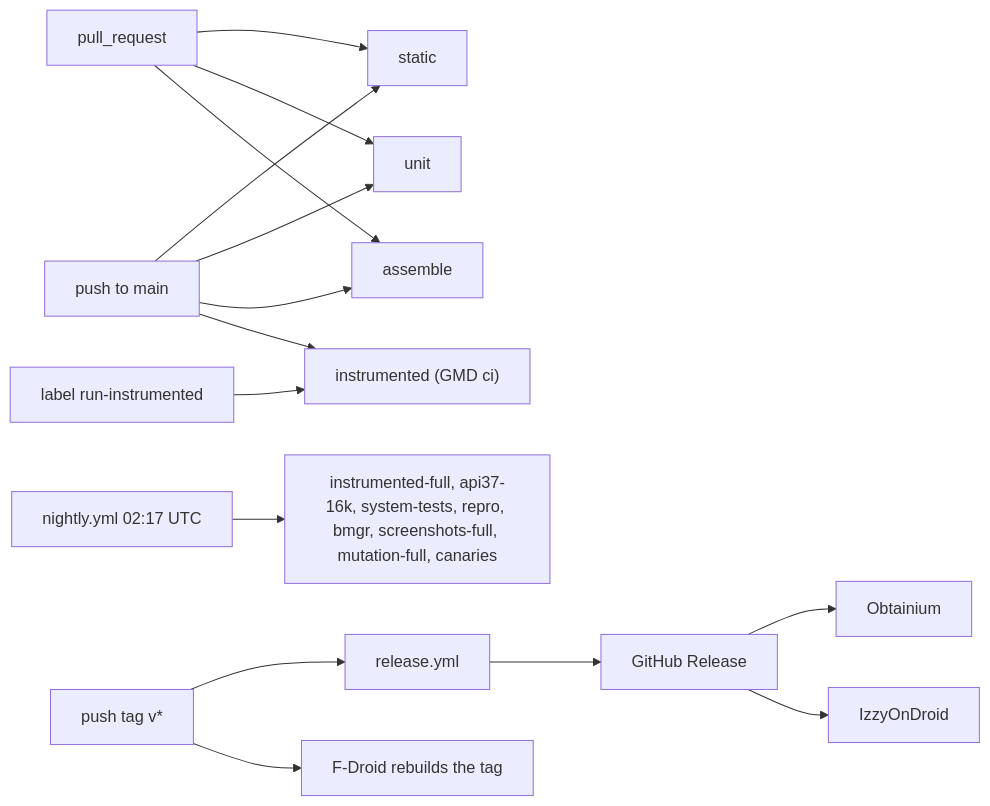
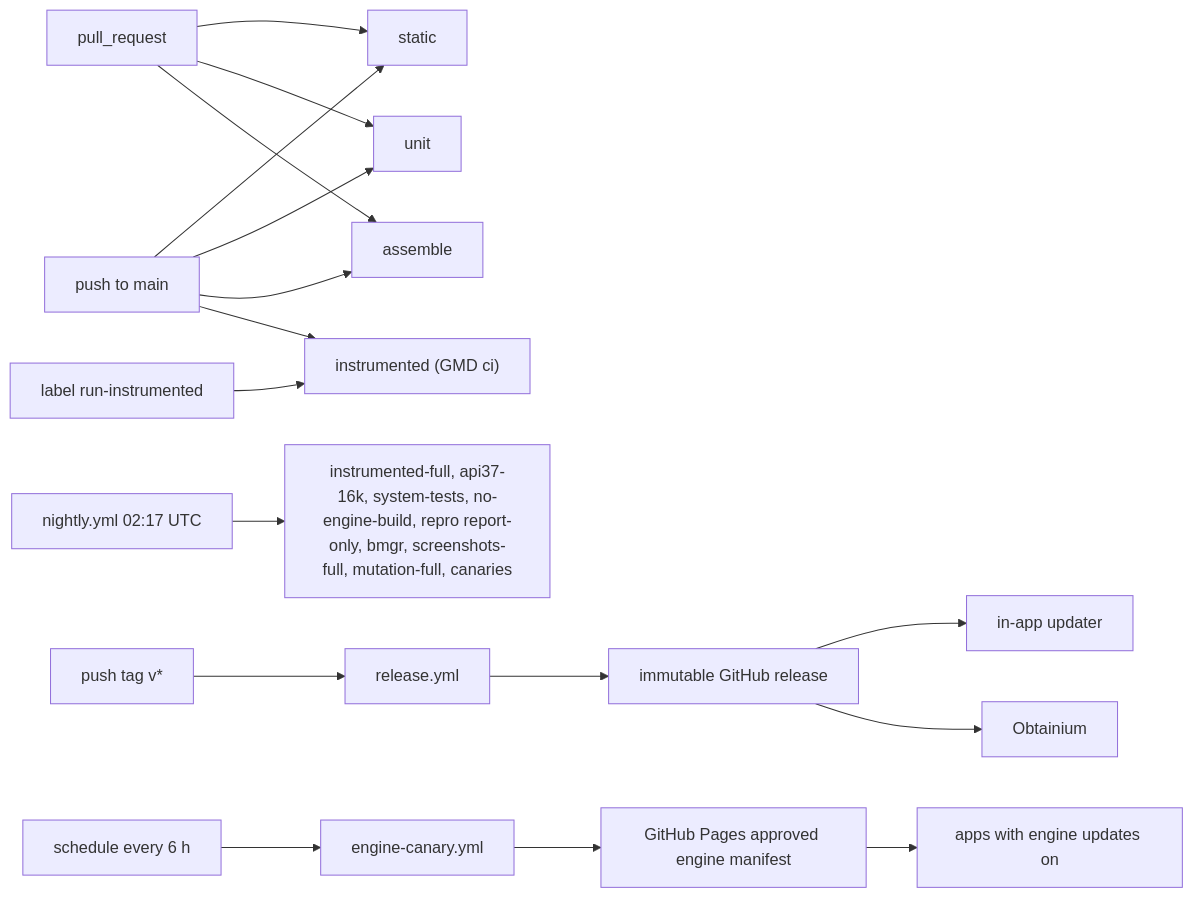
Before and after one commit to BigBoyDevBox/Neutrodyne: the first of 5 diagrams in docs/design/09-quality-and-release.md, drawn with Mermaid. The commit also changed other lines of this file and 11 other files, not shown here.

First line of the commit message:
Revise plan for owner decisions: GitHub-only, no verification, yt-dlp

````diff
--- a/docs/design/09-quality-and-release.md
+++ b/docs/design/09-quality-and-release.md
@@ -448,17 +456,19 @@
 ```mermaid
 flowchart LR
   pr["pull_request"] --> st["static"]
   pr --> un["unit"]
   pr --> asm["assemble"]
   lab["label run-instrumented"] --> ins["instrumented (GMD ci)"]
   main["push to main"] --> st
   main --> un
   main --> asm
   main --> ins
-  cron["nightly.yml 02:17 UTC"] --> nj["instrumented-full, api37-16k, system-tests, repro, bmgr, screenshots-full, mutation-full, canaries"]
+  cron["nightly.yml 02:17 UTC"] --> nj["instrumented-full, api37-16k, system-tests, no-engine-build, repro report-only, bmgr, screenshots-full, mutation-full, canaries"]
   tag["push tag v*"] --> rel["release.yml"]
-  rel --> ghr["GitHub Release"]
+  rel --> ghr["immutable GitHub release"]
+  ghr --> upd["in-app updater"]
   ghr --> obt["Obtainium"]
-  ghr --> izz["IzzyOnDroid"]
-  tag --> fdr["F-Droid rebuilds the tag"]
+  six["schedule every 6 h"] --> can["engine-canary.yml"]
+  can --> pages["GitHub Pages approved engine manifest"]
+  pages --> eng["apps with engine updates on"]
 ```
````
